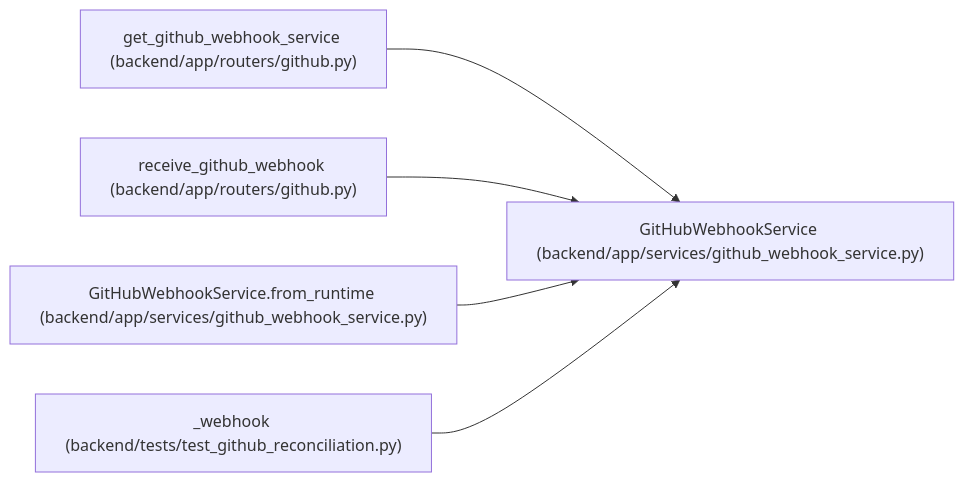
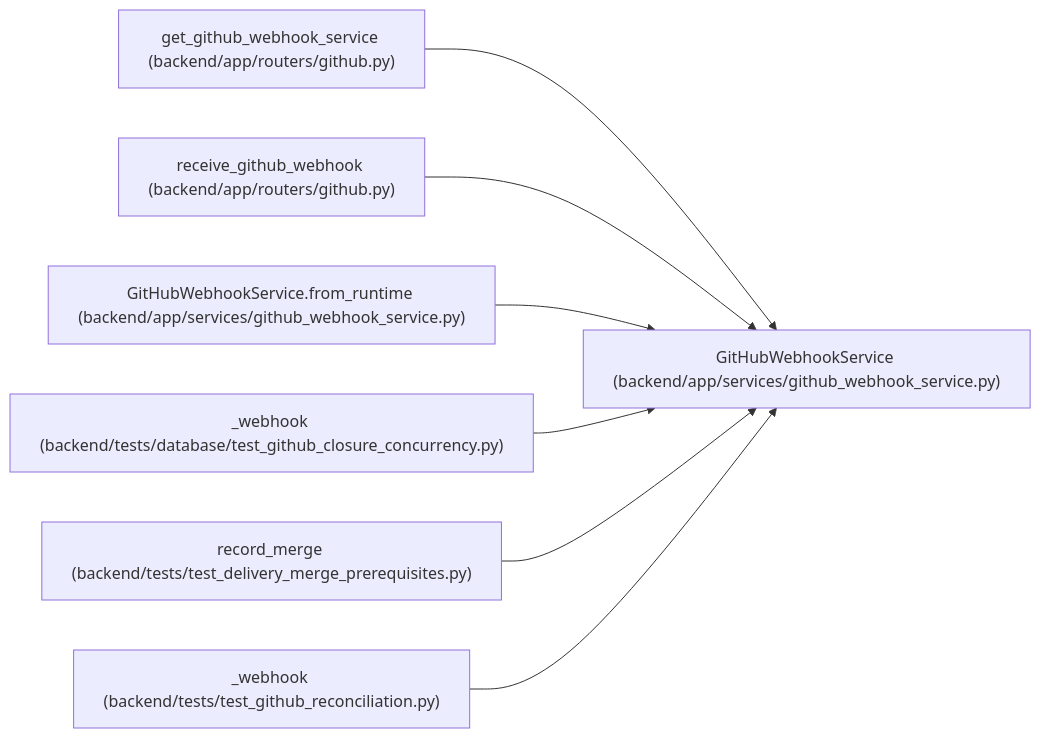
The diagram in docs/llm_wiki/entities/GitHubWebhookService.md (Denissvgn/WorkChord), drawn with Mermaid before and after one commit. The commit also changed other lines of this file and 1420 other files, not shown here.

First line of the commit message:
Refresh the architectural wiki for the 1.10.0 changes

````diff
--- a/docs/llm_wiki/entities/GitHubWebhookService.md
+++ b/docs/llm_wiki/entities/GitHubWebhookService.md
@@ -43,17 +45,23 @@
 ```mermaid
 flowchart LR
     n0["GitHubWebhookService (backend/app/services/github_webhook_service.py)"]
     n1["get_github_webhook_service (backend/app/routers/github.py)"]
     n2["receive_github_webhook (backend/app/routers/github.py)"]
     n3["GitHubWebhookService.from_runtime (backend/app/services/github_webhook_service.py)"]
-    n4["_webhook (backend/tests/test_github_reconciliation.py)"]
+    n4["_webhook (backend/tests/database/test_github_closure_concurrency.py)"]
+    n5["record_merge (backend/tests/test_delivery_merge_prerequisites.py)"]
+    n6["_webhook (backend/tests/test_github_reconciliation.py)"]
     n1 --> n0
     n2 --> n0
     n3 --> n0
     n4 --> n0
+    n5 --> n0
+    n6 --> n0
     click n0 "../modules/github_webhook_service.md"
     click n1 "../modules/routers_github.md"
     click n2 "../modules/routers_github.md"
     click n3 "../modules/github_webhook_service.md"
-    click n4 "../modules/test_github_reconciliation.md"
+    click n4 "../modules/test_github_closure_concurrency.md"
+    click n5 "../modules/test_delivery_merge_prerequisites.md"
+    click n6 "../modules/test_github_reconciliation.md"
 ```
````
